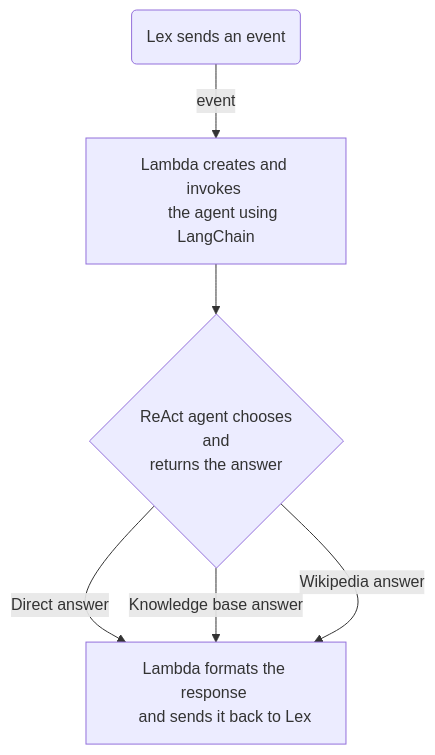
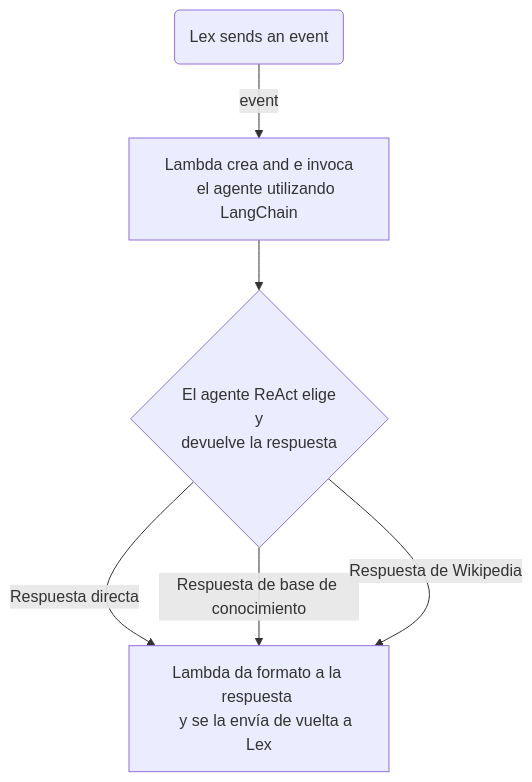
Before and after one commit to 565059/ai-chatbot-aws: the diagram in ES_README.md, drawn with Mermaid. The commit also changed other lines of this file, not shown here.

````diff
--- a/ES_README.md
+++ b/ES_README.md
@@ -45,12 +45,12 @@
 ```mermaid
 flowchart TD
-    A(Lex sends an event) -->|event| B["Lambda creates and invokes 
-    the agent using LangChain"]
-    B --> C{"ReAct agent chooses
-     and 
-     returns the answer"}
-    C -->|Direct answer| D["Lambda formats the response 
-    and sends it back to Lex"]
-    C -->|Knowledge base answer| D
-    C -->|Wikipedia answer| D
+    A(Lex sends an event) -->|event| B["Lambda crea and e invoca
+    el agente utilizando LangChain"]
+    B --> C{"El agente ReAct elige
+     y
+     devuelve la respuesta"}
+    C -->|Respuesta directa| D["Lambda da formato a la respuesta 
+    y se la envía de vuelta a Lex"]
+    C -->|Respuesta de base de conocimiento| D
+    C -->|Respuesta de Wikipedia| D
 ```
````
